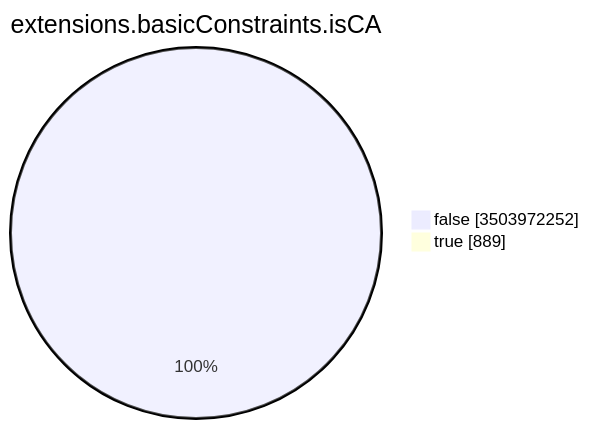
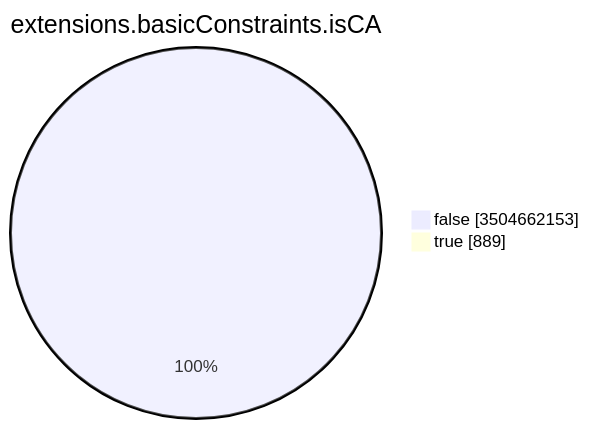
One commit to christiankrug/ctmonitor_visualization changed the seventh of 15 diagrams in TOTAL/README.md. Above: the diagram before and after it, drawn with Mermaid. The commit also changed other lines of this file, not shown here.

````diff
--- a/TOTAL/README.md
+++ b/TOTAL/README.md
@@ -3094,6 +3094,6 @@
 ```mermaid
 pie showData
 title extensions.basicConstraints.isCA
-"false" :3503972252
+"false" :3504662153
 "true" :889
 ```
````
